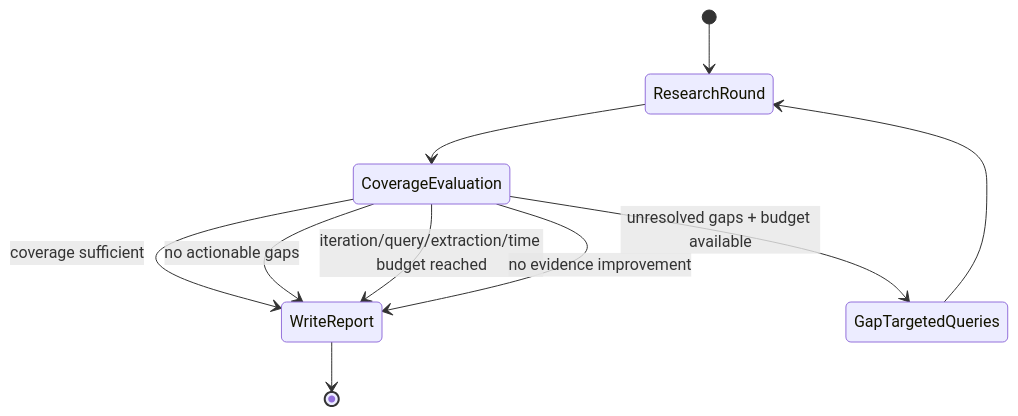
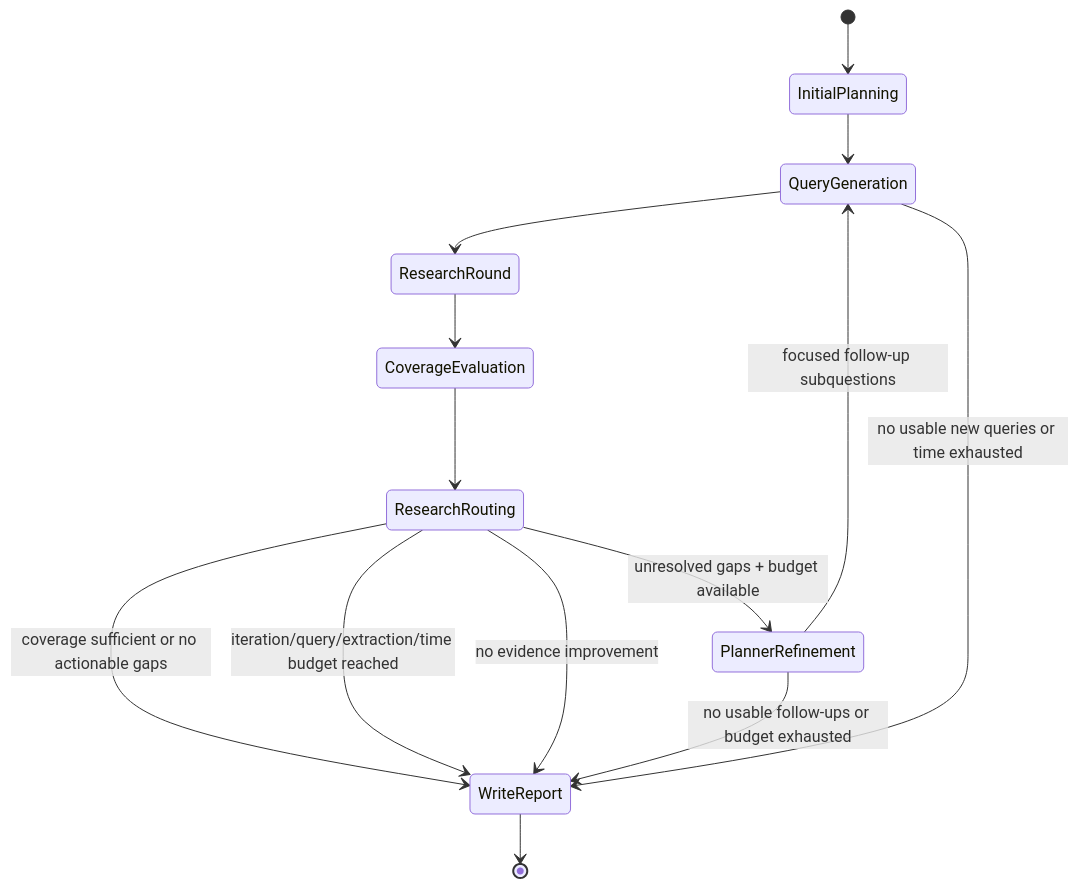
One commit to Ishwaridutt/deep-research-agent changed the fourth of 11 diagrams in readme.md. Above: the diagram before and after it, drawn with Mermaid. The commit also changed other lines of this file and 63 other files, not shown here.

Commit message:
simplified prompts, added details to UI for research phase, improved ranking of url for extraction

````diff
--- a/readme.md
+++ b/readme.md
@@ -232,12 +241,16 @@
 ```mermaid
 stateDiagram-v2
-    [*] --> ResearchRound
+    [*] --> InitialPlanning
+    InitialPlanning --> QueryGeneration
+    QueryGeneration --> ResearchRound
     ResearchRound --> CoverageEvaluation
-    CoverageEvaluation --> WriteReport: coverage sufficient
-    CoverageEvaluation --> WriteReport: no actionable gaps
-    CoverageEvaluation --> WriteReport: iteration/query/extraction/time budget reached
-    CoverageEvaluation --> WriteReport: no evidence improvement
-    CoverageEvaluation --> GapTargetedQueries: unresolved gaps + budget available
-    GapTargetedQueries --> ResearchRound
+    CoverageEvaluation --> ResearchRouting
+    ResearchRouting --> WriteReport: coverage sufficient or no actionable gaps
+    ResearchRouting --> WriteReport: iteration/query/extraction/time budget reached
+    ResearchRouting --> WriteReport: no evidence improvement
+    ResearchRouting --> PlannerRefinement: unresolved gaps + budget available
+    PlannerRefinement --> QueryGeneration: focused follow-up subquestions
+    PlannerRefinement --> WriteReport: no usable follow-ups or budget exhausted
+    QueryGeneration --> WriteReport: no usable new queries or time exhausted
     WriteReport --> [*]
 ```
````
